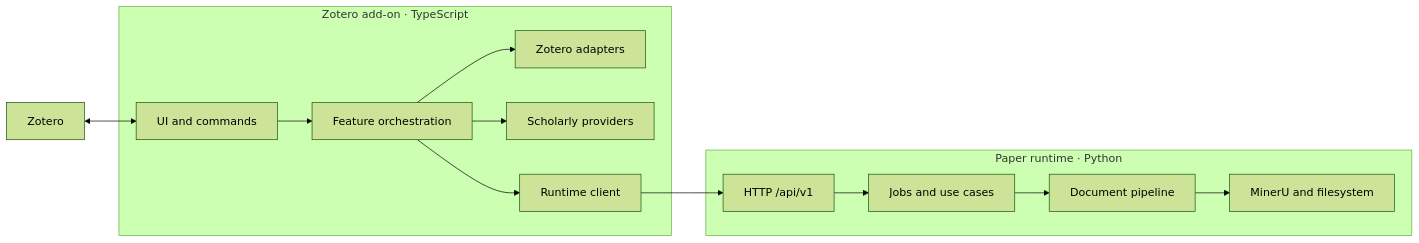
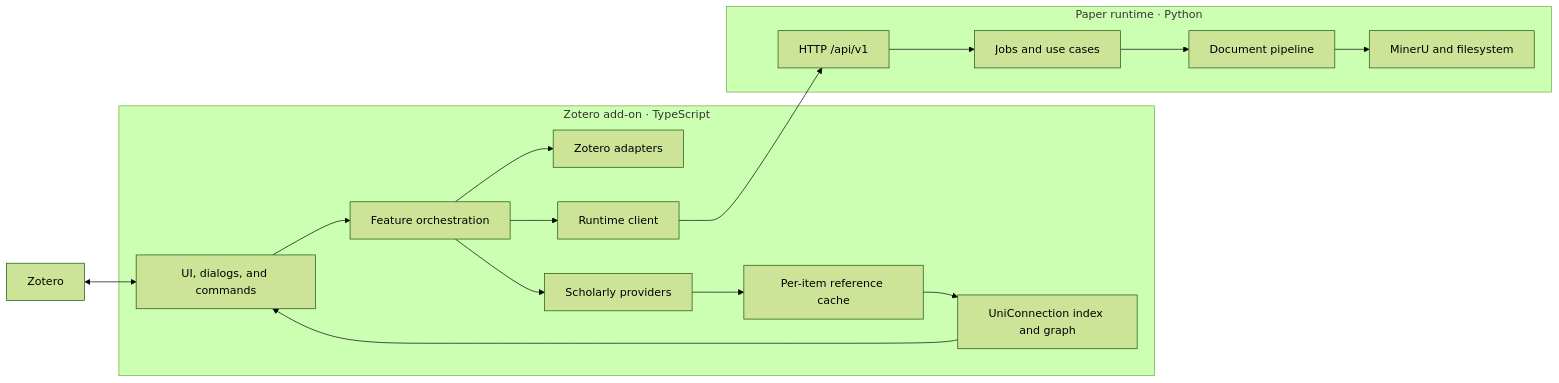
Before and after one commit to Leavvind/Unizero: the diagram in docs/ARCHITECTURE.md, drawn with Mermaid (forest theme). The commit also changed other lines of this file and 10 other files, not shown here.

First line of the commit message:
docs: document the derived index and graph layers

````diff
--- a/docs/ARCHITECTURE.md
+++ b/docs/ARCHITECTURE.md
@@ -7,29 +7,34 @@
 ```mermaid
 flowchart LR
     Zotero["Zotero"]
 
     subgraph Addon["Zotero add-on · TypeScript"]
-        UI["UI and commands"]
+        UI["UI, dialogs, and commands"]
         Features["Feature orchestration"]
         Adapters["Zotero adapters"]
         Providers["Scholarly providers"]
+        Cache["Per-item reference cache"]
+        Index["UniConnection index and graph"]
         Client["Runtime client"]
     end
 
     subgraph Runtime["Paper runtime · Python"]
         API["HTTP /api/v1"]
         App["Jobs and use cases"]
         Pipeline["Document pipeline"]
         IO["MinerU and filesystem"]
     end
 
     Zotero <--> UI
     UI --> Features
     Features --> Adapters
     Features --> Providers
     Features --> Client
+    Providers --> Cache
+    Cache --> Index
+    Index --> UI
     Client --> API
     API --> App
     App --> Pipeline
     Pipeline --> IO
 ```
````
